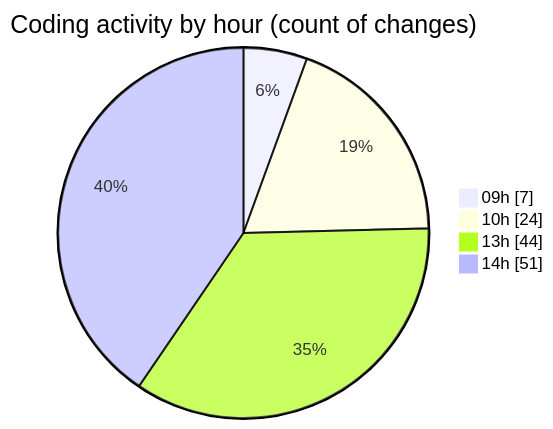
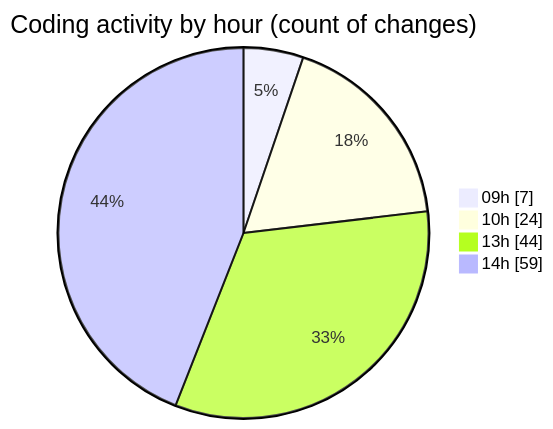
One commit to momahboobian/code-tracking changed the second of 2 diagrams in 2025-04-10/cda/README.md. Above: the diagram before and after it, drawn with Mermaid. The commit also changed other lines of this file and 1 other file, not shown here.

````diff
--- a/2025-04-10/cda/README.md
+++ b/2025-04-10/cda/README.md
@@ -33,8 +33,8 @@
 ```mermaid
 pie showData
 title Coding activity by hour (count of changes)
 "09h" : 7
 "10h" : 24
 "13h" : 44
-"14h" : 51
+"14h" : 59
 ```
````
